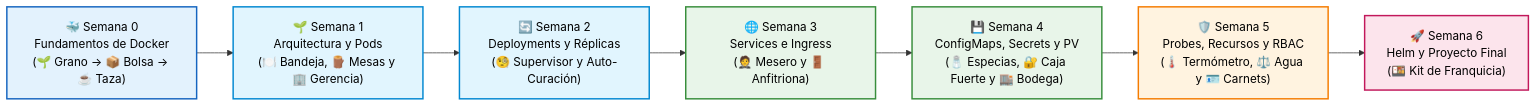
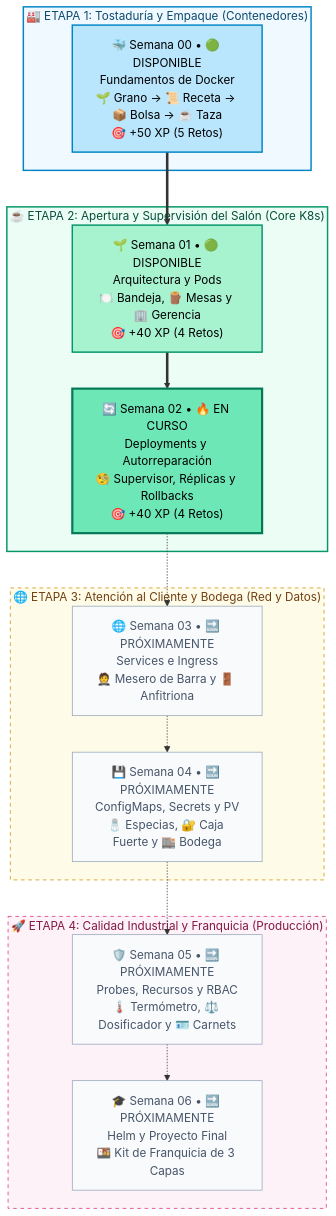
One commit to Camilogigom/Fundamentos-Kubernetes changed the diagram in README.md. Above: the diagram before and after it, drawn with Mermaid. The commit also changed other lines of this file, not shown here.

````diff
--- a/README.md
+++ b/README.md
@@ -61,17 +74,45 @@
 ```mermaid
-flowchart LR
-    S0["🐳 Semana 0\nFundamentos de Docker\n(🌱 Grano → 📦 Bolsa → ☕ Taza)"] --> S1["🌱 Semana 1\nArquitectura y Pods\n(🍽️ Bandeja, 🪵 Mesas y 🏢 Gerencia)"]
-    S1 --> S2["🔄 Semana 2\nDeployments y Réplicas\n(🧐 Supervisor y Auto-Curación)"]
-    S2 --> S3["🌐 Semana 3\nServices e Ingress\n(🤵 Mesero y 🚪 Anfitriona)"]
-    S3 --> S4["💾 Semana 4\nConfigMaps, Secrets y PV\n(🧂 Especias, 🔐 Caja Fuerte y 🏬 Bodega)"]
-    S4 --> S5["🛡️ Semana 5\nProbes, Recursos y RBAC\n(🌡️ Termómetro, ⚖️ Agua y 🪪 Carnets)"]
-    S5 --> S6["🚀 Semana 6\nHelm y Proyecto Final\n(🍱 Kit de Franquicia)"]
+flowchart TB
+    subgraph F1["🏭 ETAPA 1: Tostaduría y Empaque (Contenedores)"]
+        S0["🐳 Semana 00 • 🟢 DISPONIBLE\nFundamentos de Docker\n🌱 Grano → 📜 Receta → 📦 Bolsa → ☕ Taza\n🎯 +50 XP (5 Retos)"]
+    end
 
-    style S0 fill:#e3f2fd,stroke:#1565c0,stroke-width:2px,color:#000
-    style S1 fill:#e1f5fe,stroke:#0288d1,stroke-width:2px,color:#000
-    style S2 fill:#e1f5fe,stroke:#0288d1,stroke-width:2px,color:#000
-    style S3 fill:#e8f5e9,stroke:#388e3c,stroke-width:2px,color:#000
-    style S4 fill:#e8f5e9,stroke:#388e3c,stroke-width:2px,color:#000
-    style S5 fill:#fff3e0,stroke:#f57c00,stroke-width:2px,color:#000
-    style S6 fill:#fce4ec,stroke:#c2185b,stroke-width:2px,color:#000
+    subgraph F2["☕ ETAPA 2: Apertura y Supervisión del Salón (Core K8s)"]
+        S1["🌱 Semana 01 • 🟢 DISPONIBLE\nArquitectura y Pods\n🍽️ Bandeja, 🪵 Mesas y 🏢 Gerencia\n🎯 +40 XP (4 Retos)"]
+        S2["🔄 Semana 02 • 🔥 EN CURSO\nDeployments y Autorreparación\n🧐 Supervisor, Réplicas y Rollbacks\n🎯 +40 XP (4 Retos)"]
+    end
+
+    subgraph F3["🌐 ETAPA 3: Atención al Cliente y Bodega (Red y Datos)"]
+        S3["🌐 Semana 03 • 🔜 PRÓXIMAMENTE\nServices e Ingress\n🤵 Mesero de Barra y 🚪 Anfitriona"]
+        S4["💾 Semana 04 • 🔜 PRÓXIMAMENTE\nConfigMaps, Secrets y PV\n🧂 Especias, 🔐 Caja Fuerte y 🏬 Bodega"]
+    end
+
+    subgraph F4["🚀 ETAPA 4: Calidad Industrial y Franquicia (Producción)"]
+        S5["🛡️ Semana 05 • 🔜 PRÓXIMAMENTE\nProbes, Recursos y RBAC\n🌡️ Termómetro, ⚖️ Dosificador y 🪪 Carnets"]
+        S6["🎓 Semana 06 • 🔜 PRÓXIMAMENTE\nHelm y Proyecto Final\n🍱 Kit de Franquicia de 3 Capas"]
+    end
+
+    S0 ==> S1
+    S1 ==> S2
+    S2 -.-> S3
+    S3 -.-> S4
+    S4 -.-> S5
+    S5 -.-> S6
+
+    click S0 "https://github.com/edwinbermudez91/Fundamentos-Kubernetes/tree/main/semana-00-fundamentos-docker" "Ir a Semana 00: Fundamentos de Docker"
+    click S1 "https://github.com/edwinbermudez91/Fundamentos-Kubernetes/tree/main/semana-01-arquitectura" "Ir a Semana 01: Arquitectura y Pods"
+    click S2 "https://github.com/edwinbermudez91/Fundamentos-Kubernetes/tree/main/semana-02-deployments" "Ir a Semana 02: Deployments y Réplicas"
+
+    style F1 fill:#f0f9ff,stroke:#0284c7,stroke-width:2px,color:#0c4a6e
+    style F2 fill:#ecfdf5,stroke:#059669,stroke-width:2px,color:#064e3b
+    style F3 fill:#fefce8,stroke:#ca8a04,stroke-width:1px,stroke-dasharray: 5 5,color:#713f12
+    style F4 fill:#fdf2f8,stroke:#db2777,stroke-width:1px,stroke-dasharray: 5 5,color:#831843
+
+    style S0 fill:#bae6fd,stroke:#0284c7,stroke-width:2px,color:#000
+    style S1 fill:#a7f3d0,stroke:#059669,stroke-width:2px,color:#000
+    style S2 fill:#6ee7b7,stroke:#047857,stroke-width:3px,color:#000
+    style S3 fill:#f8fafc,stroke:#94a3b8,stroke-width:1px,color:#475569
+    style S4 fill:#f8fafc,stroke:#94a3b8,stroke-width:1px,color:#475569
+    style S5 fill:#f8fafc,stroke:#94a3b8,stroke-width:1px,color:#475569
+    style S6 fill:#f8fafc,stroke:#94a3b8,stroke-width:1px,color:#475569
 ```
````
